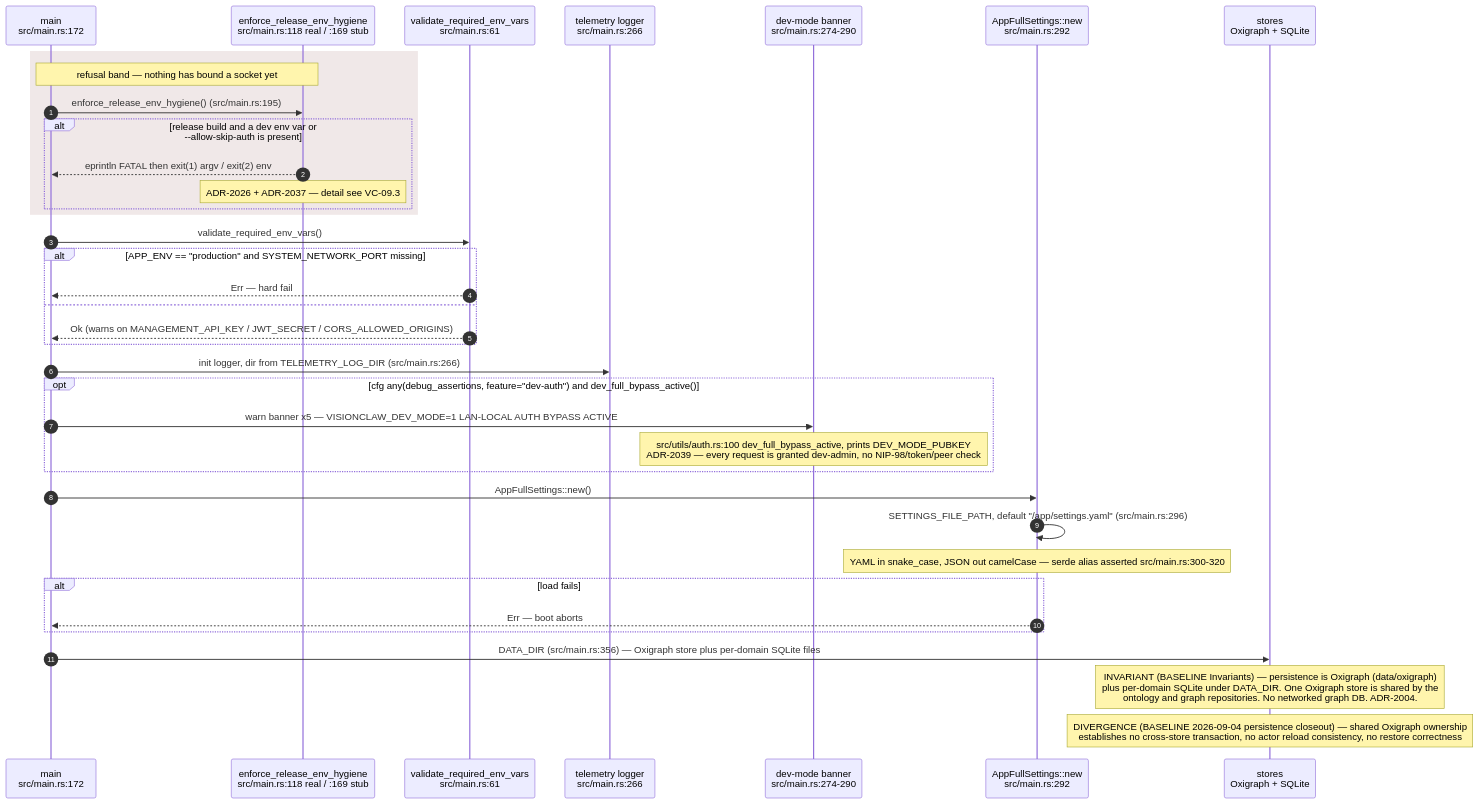
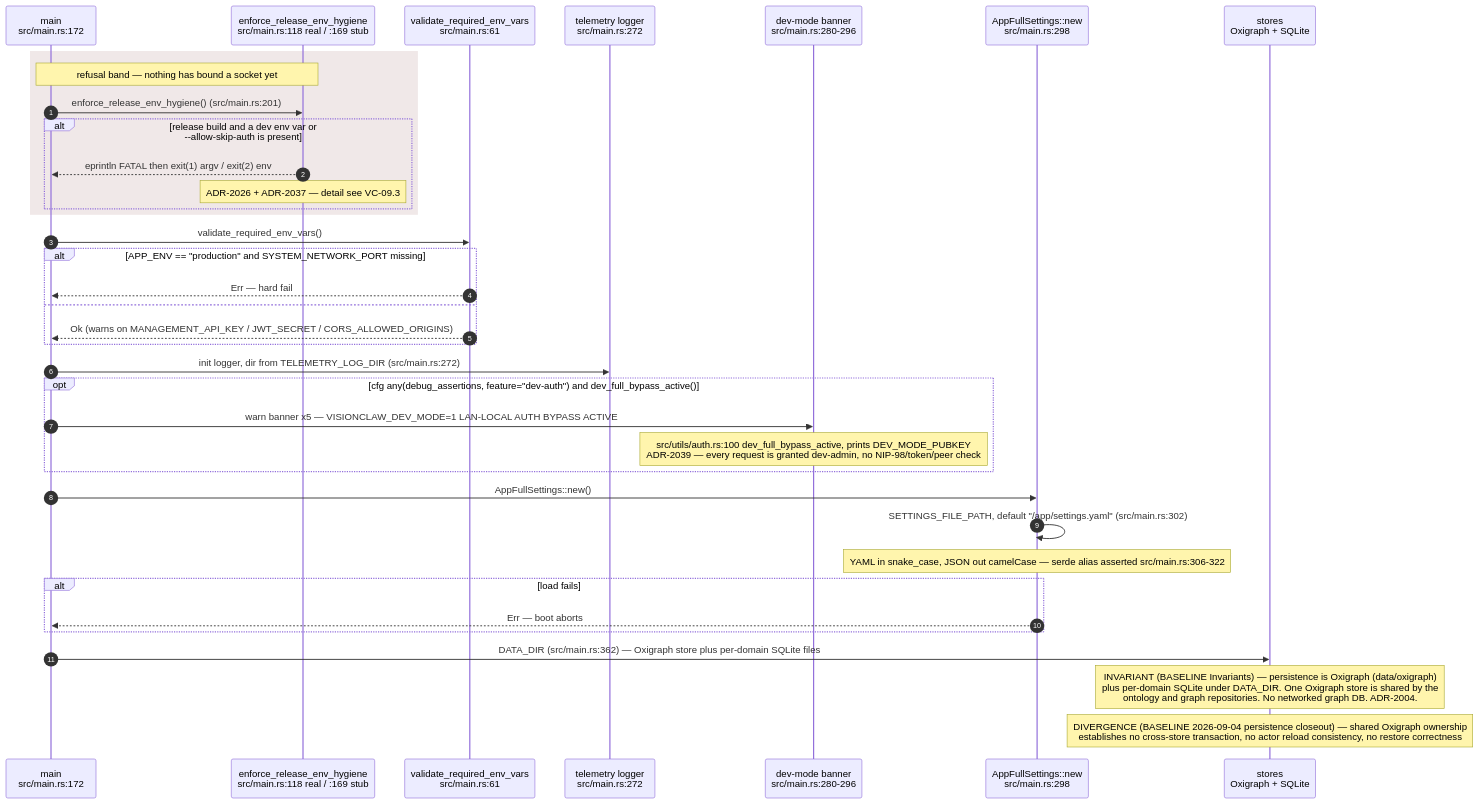
The first of 15 diagrams in docs/diagrams/visionclaw/01-boot-and-app-state.md (DreamLab-AI/VisionFlow), drawn with Mermaid before and after one commit. The commit also changed other lines of this file and 32 other files, not shown here.

````diff
--- a/docs/diagrams/visionclaw/01-boot-and-app-state.md
+++ b/docs/diagrams/visionclaw/01-boot-and-app-state.md
@@ -74,40 +74,40 @@
 ```mermaid
 sequenceDiagram
     autonumber
     participant M as main<br/>src/main.rs:172
     participant EH as enforce_release_env_hygiene<br/>src/main.rs:118 real / :169 stub
     participant VE as validate_required_env_vars<br/>src/main.rs:61
-    participant TL as telemetry logger<br/>src/main.rs:266
-    participant DB as dev-mode banner<br/>src/main.rs:274-290
-    participant CF as AppFullSettings::new<br/>src/main.rs:292
+    participant TL as telemetry logger<br/>src/main.rs:272
+    participant DB as dev-mode banner<br/>src/main.rs:280-296
+    participant CF as AppFullSettings::new<br/>src/main.rs:298
     participant ST as stores<br/>Oxigraph + SQLite
 
     rect rgb(240,232,232)
     Note over M,EH: refusal band — nothing has bound a socket yet
-    M->>EH: enforce_release_env_hygiene() (src/main.rs:195)
+    M->>EH: enforce_release_env_hygiene() (src/main.rs:201)
     alt release build and a dev env var or --allow-skip-auth is present
         EH-->>M: eprintln FATAL then exit(1) argv / exit(2) env
         Note over EH: ADR-2026 + ADR-2037 — detail see VC-09.3
     end
     end
     M->>VE: validate_required_env_vars()
     alt APP_ENV == "production" and SYSTEM_NETWORK_PORT missing
         VE-->>M: Err — hard fail
     else
         VE-->>M: Ok (warns on MANAGEMENT_API_KEY / JWT_SECRET / CORS_ALLOWED_ORIGINS)
     end
-    M->>TL: init logger, dir from TELEMETRY_LOG_DIR (src/main.rs:266)
+    M->>TL: init logger, dir from TELEMETRY_LOG_DIR (src/main.rs:272)
     opt cfg any(debug_assertions, feature="dev-auth") and dev_full_bypass_active()
         M->>DB: warn banner x5 — VISIONCLAW_DEV_MODE=1 LAN-LOCAL AUTH BYPASS ACTIVE
         Note over DB: src/utils/auth.rs:100 dev_full_bypass_active, prints DEV_MODE_PUBKEY<br/>ADR-2039 — every request is granted dev-admin, no NIP-98/token/peer check
     end
     M->>CF: AppFullSettings::new()
-    CF->>CF: SETTINGS_FILE_PATH, default "/app/settings.yaml" (src/main.rs:296)
-    Note over CF: YAML in snake_case, JSON out camelCase — serde alias asserted src/main.rs:300-320
+    CF->>CF: SETTINGS_FILE_PATH, default "/app/settings.yaml" (src/main.rs:302)
+    Note over CF: YAML in snake_case, JSON out camelCase — serde alias asserted src/main.rs:306-322
     alt load fails
         CF-->>M: Err — boot aborts
     end
-    M->>ST: DATA_DIR (src/main.rs:356) — Oxigraph store plus per-domain SQLite files
+    M->>ST: DATA_DIR (src/main.rs:362) — Oxigraph store plus per-domain SQLite files
     Note over ST: INVARIANT (BASELINE Invariants) — persistence is Oxigraph (data/oxigraph)<br/>plus per-domain SQLite under DATA_DIR. One Oxigraph store is shared by the<br/>ontology and graph repositories. No networked graph DB. ADR-2004.
     Note over ST: DIVERGENCE (BASELINE 2026-09-04 persistence closeout) — shared Oxigraph ownership<br/>establishes no cross-store transaction, no actor reload consistency, no restore correctness
 ```
````
